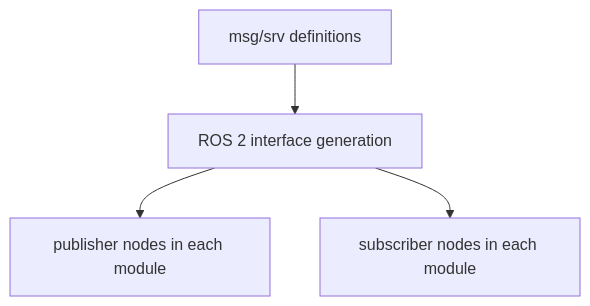
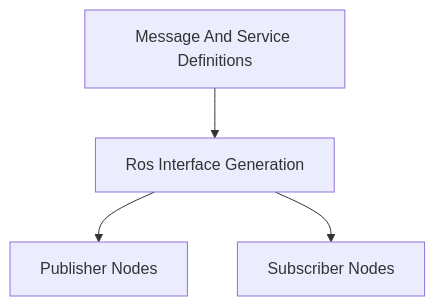
One commit to hwanhonglee/CAMROD changed the first of 2 diagrams in camrod_common/avg_msgs/README.md. Above: the diagram before and after it, drawn with Mermaid. The commit also changed 12 other files, not shown here.

First line of the commit message:
docs(readme): fix Mermaid syntax and refine workspace architecture

````diff
--- a/camrod_common/avg_msgs/README.md
+++ b/camrod_common/avg_msgs/README.md
@@ -7,6 +7,6 @@
 ```mermaid
 graph TD
-  DEF[msg/srv definitions] --> GEN[ROS 2 interface generation]
-  GEN --> PUB[publisher nodes in each module]
-  GEN --> SUB[subscriber nodes in each module]
+  DEF[Message And Service Definitions] --> GEN[Ros Interface Generation]
+  GEN --> PUB[Publisher Nodes]
+  GEN --> SUB[Subscriber Nodes]
 ```
````
